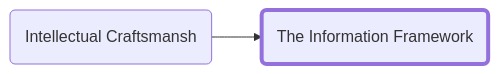
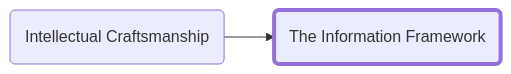
One commit to forrestpitz/forrestpitz.github.io changed the first of 2 diagrams in _posts/2023-01-05-info-framework.md. Above: the diagram before and after it, drawn with Mermaid. The commit also changed 21 other files, not shown here.

````diff
--- a/_posts/2023-01-05-info-framework.md
+++ b/_posts/2023-01-05-info-framework.md
@@ -12,8 +12,8 @@
 ```mermaid
 graph LR;
-  A(Intellectual Craftsmansh)-->B(The Information Framework)
+  A(Intellectual Craftsmanship)-->B(The Information Framework)
 
   style B stroke-width:4px
 
   click A "{% post_url 2023-01-05-intro %}"
 ```
````
